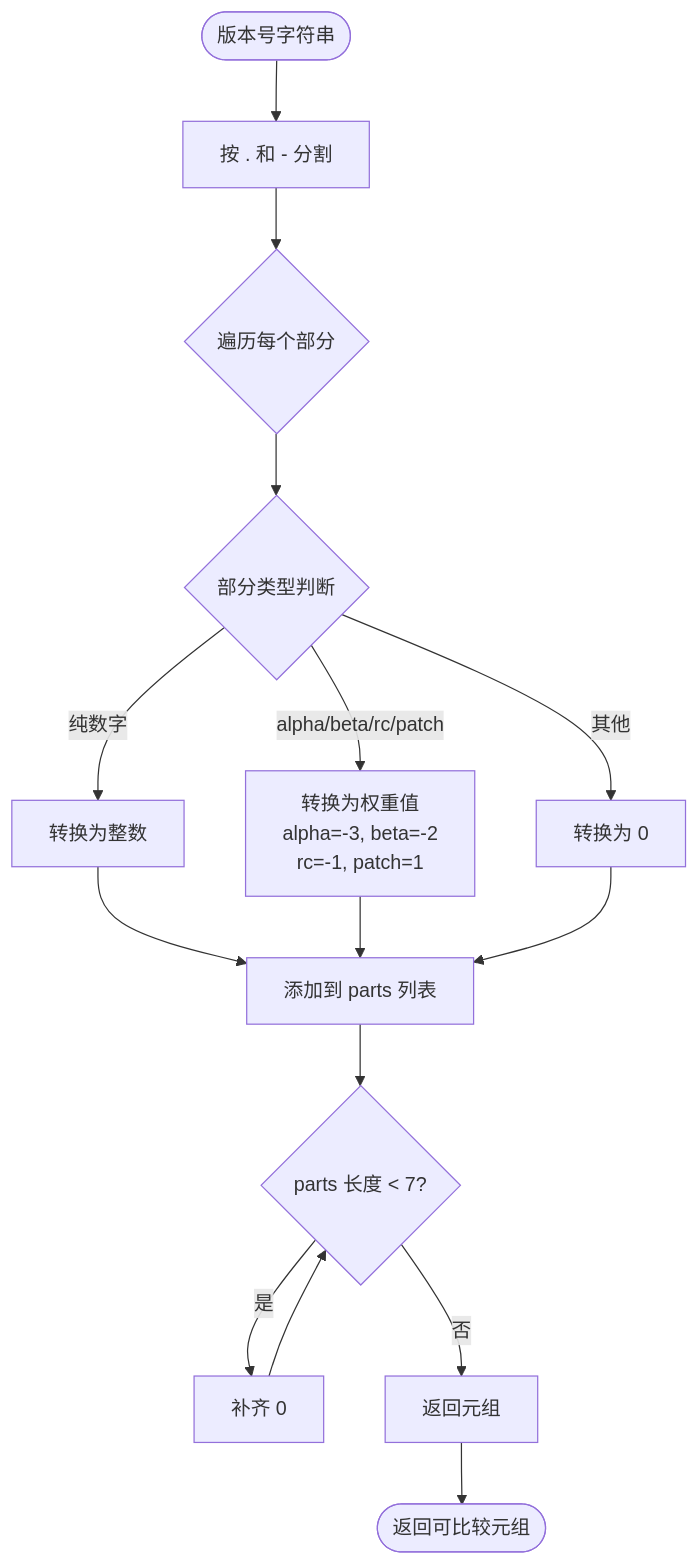
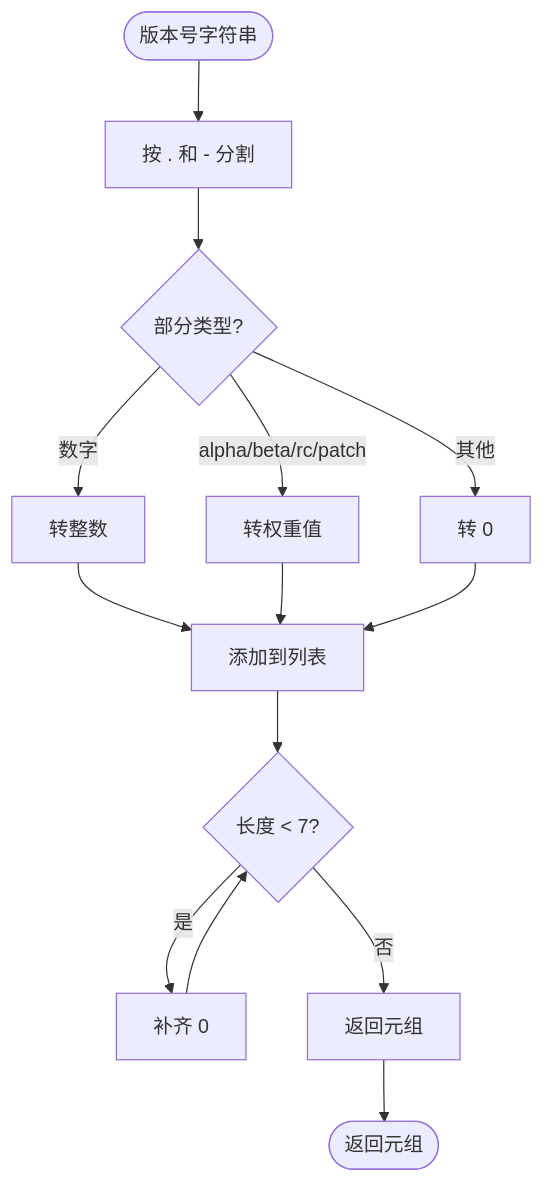
One commit to weihang1258/dpiAutoExcel changed diagram 40 of 43 in 逻辑流程文档.md. Above: the diagram before and after it, drawn with Mermaid. The commit also changed other lines of this file and 1 other file, not shown here.

First line of the commit message:
docs: 优化流程图显示效果，统一字体大小

````diff
--- a/逻辑流程文档.md
+++ b/逻辑流程文档.md
@@ -1156,21 +1155,20 @@
 ```mermaid
 graph TD
     Start([版本号字符串]) --> A[按 . 和 - 分割]
-    A --> B{遍历每个部分}
+    A --> B{部分类型?}
     
-    B --> C{部分类型判断}
-    C -->|纯数字| D[转换为整数]
-    C -->|alpha/beta/rc/patch| E[转换为权重值<br/>alpha=-3, beta=-2<br/>rc=-1, patch=1]
-    C -->|其他| F[转换为 0]
+    B -->|数字| C[转整数]
+    B -->|alpha/beta/rc/patch| D[转权重值]
+    B -->|其他| E[转 0]
     
-    D --> G[添加到 parts 列表]
-    E --> G
-    F --> G
+    C --> F[添加到列表]
+    D --> F
+    E --> F
     
-    G --> H{parts 长度 < 7?}
-    H -->|是| I[补齐 0]
-    H -->|否| J[返回元组]
+    F --> G{长度 < 7?}
+    G -->|是| H[补齐 0]
+    G -->|否| I[返回元组]
     
-    I --> H
-    J --> End([返回可比较元组])
+    H --> G
+    I --> End([返回元组])
 ```
````
